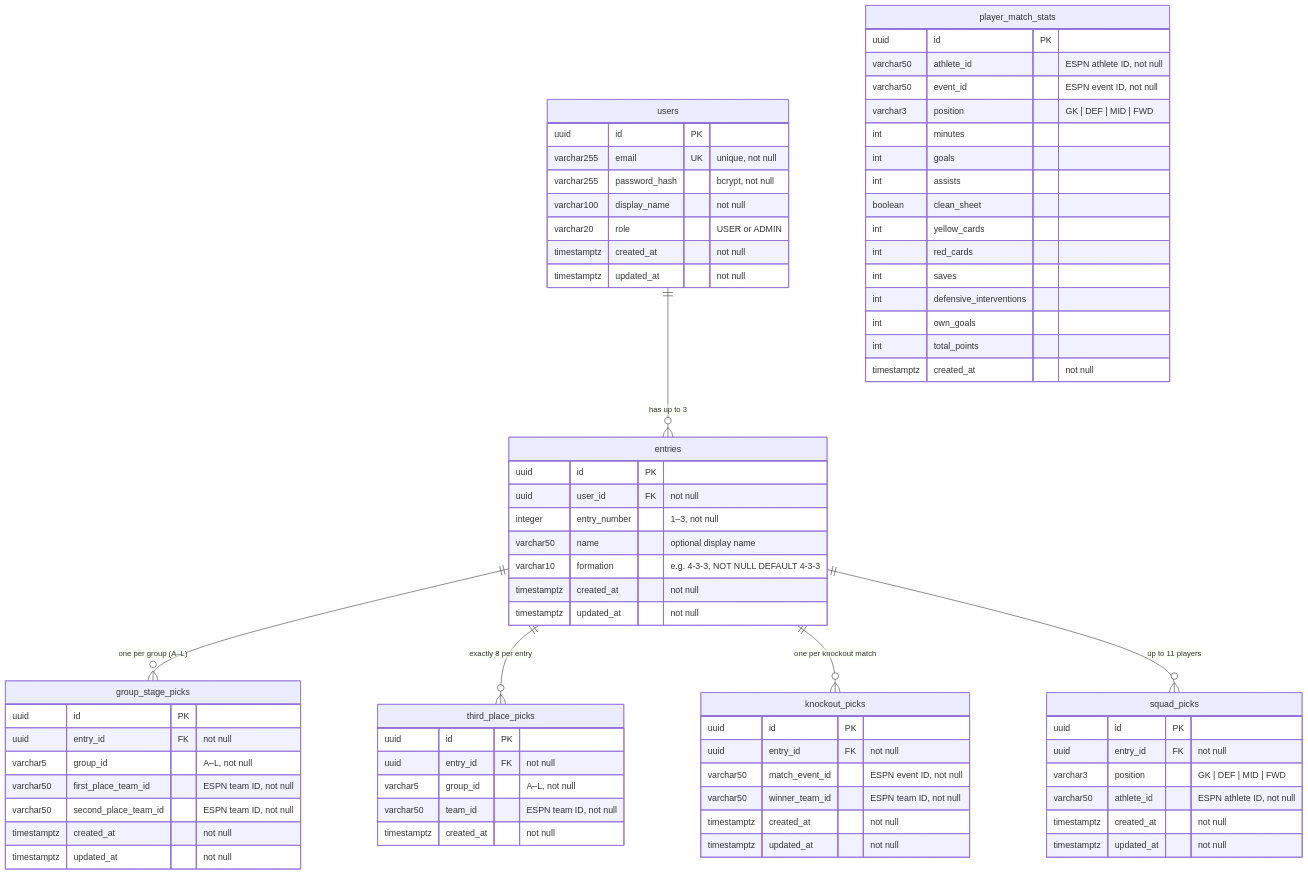
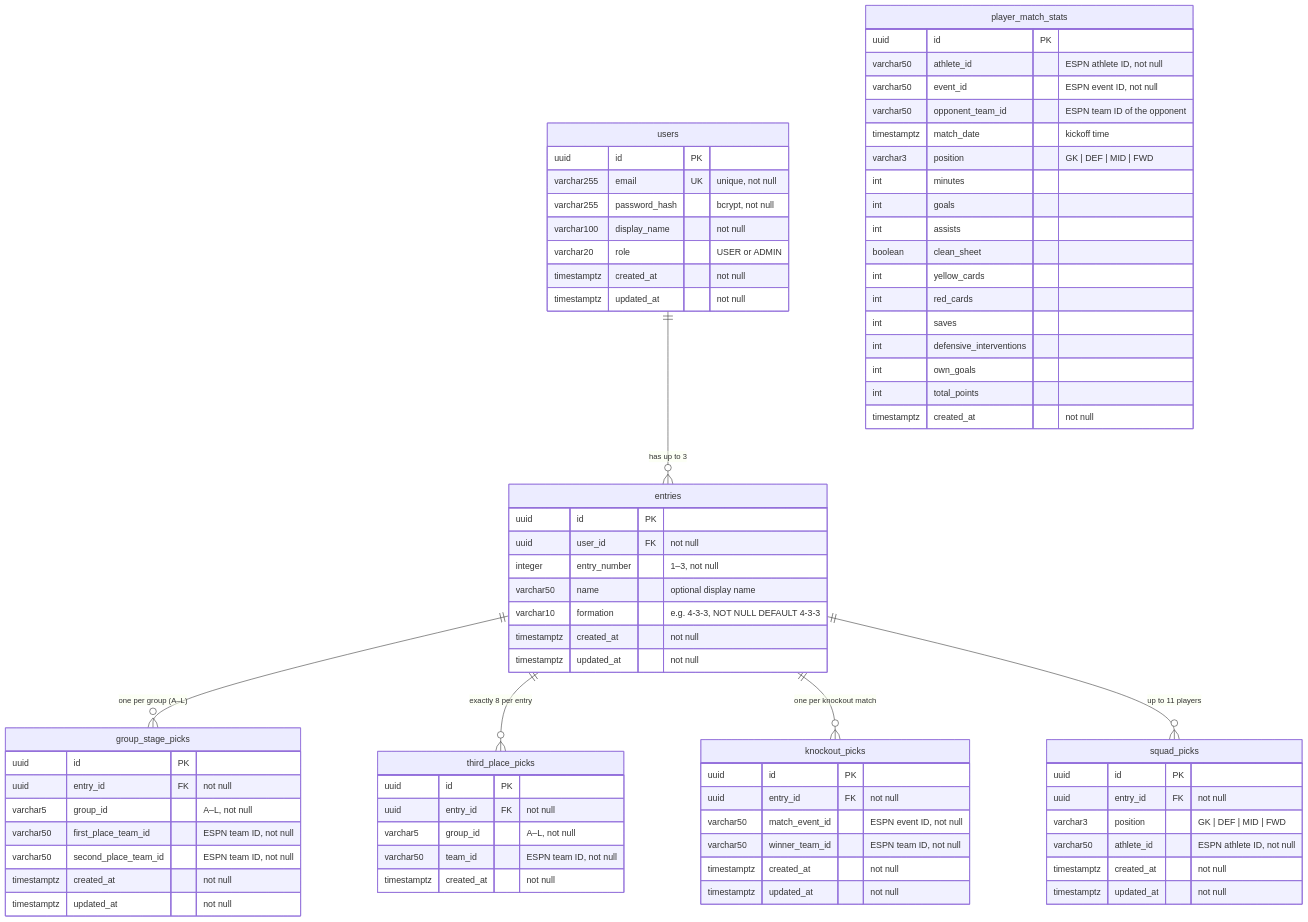
One commit to jominsky-ux/worldcupapp changed the diagram in backend/README.md. Above: the diagram before and after it, drawn with Mermaid. The commit also changed other lines of this file and 14 other files, not shown here.

```diff
--- a/backend/README.md
+++ b/backend/README.md
@@ -431,6 +435,8 @@
         uuid        id           PK
         varchar50   athlete_id       "ESPN athlete ID, not null"
         varchar50   event_id         "ESPN event ID, not null"
+        varchar50   opponent_team_id "ESPN team ID of the opponent"
+        timestamptz match_date       "kickoff time"
         varchar3    position         "GK | DEF | MID | FWD"
         int         minutes
         int         goals
```
